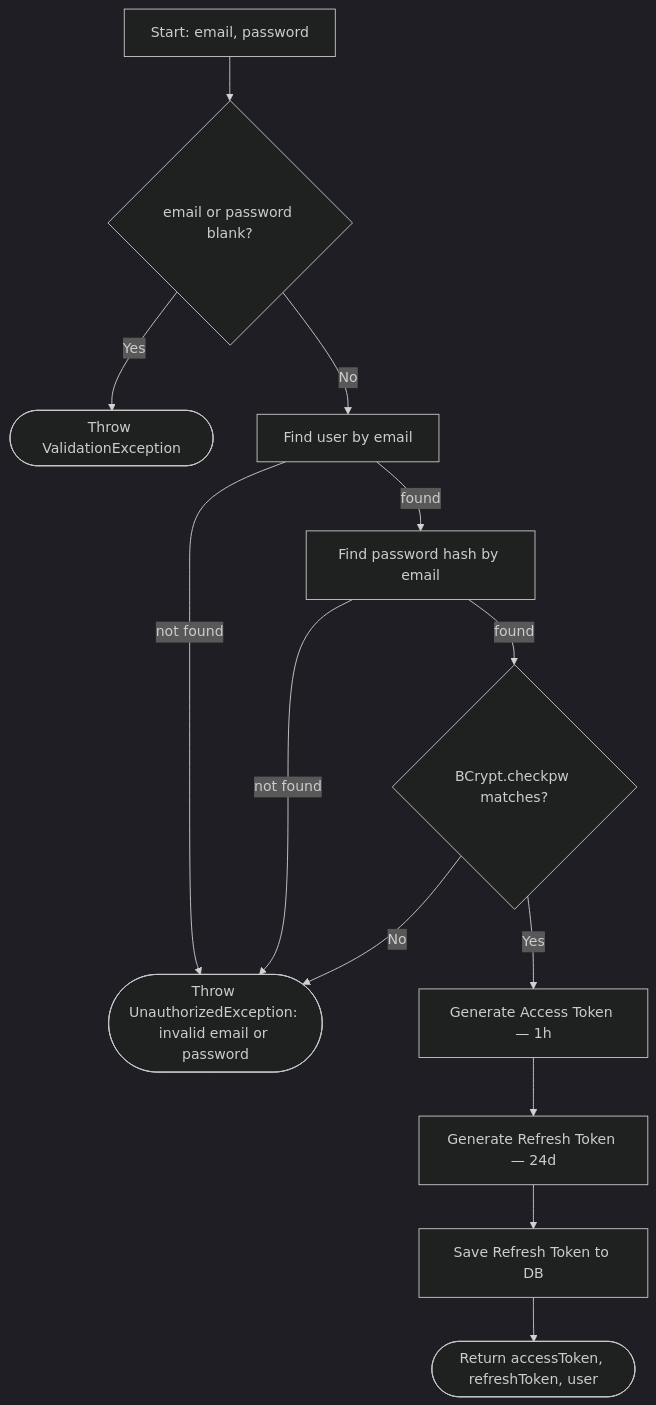
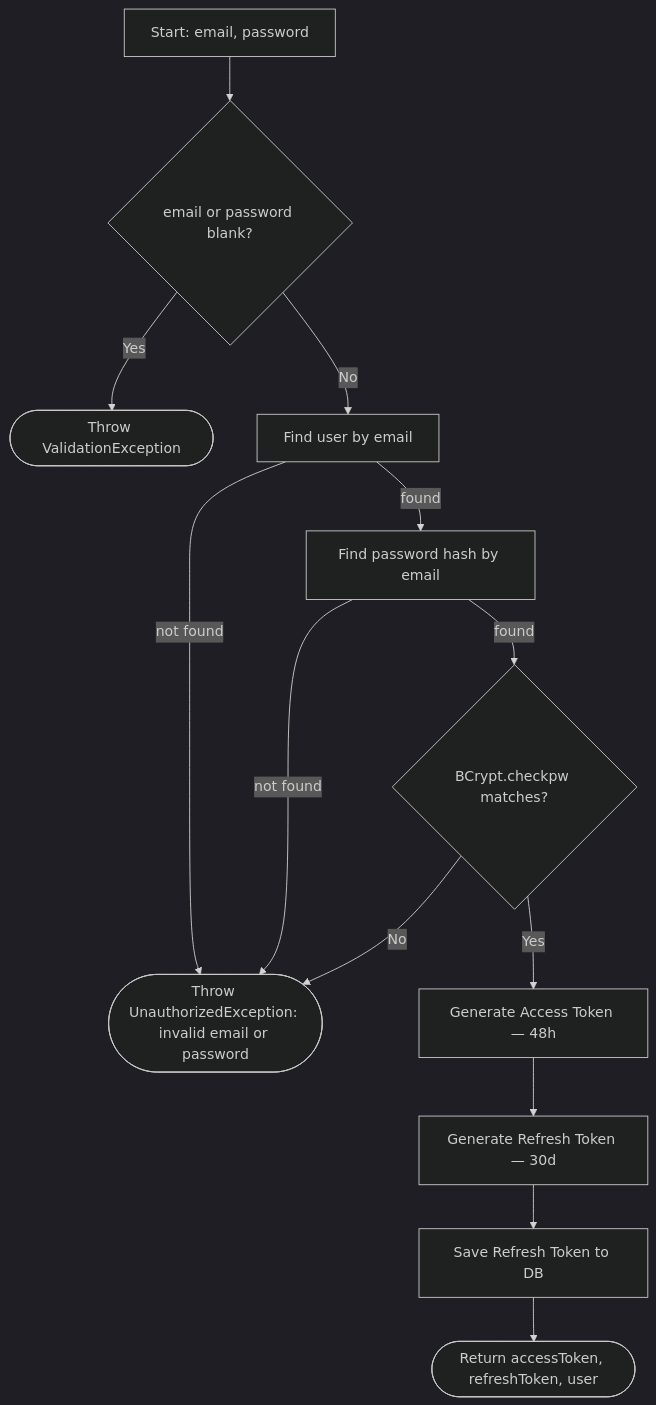
The fifth of 57 diagrams in PROCESS_FLOWS.md (ricardofrango/squadify), drawn with Mermaid (dark theme) before and after one commit. The commit also changed other lines of this file and 1 other file, not shown here.

````diff
--- a/PROCESS_FLOWS.md
+++ b/PROCESS_FLOWS.md
@@ -134,15 +134,15 @@
 ```mermaid
 graph TD
     A[Start: email, password] --> B{email or password blank?}
     B -- Yes --> V(["Throw ValidationException"])
     B -- No --> C[Find user by email]
     C -- not found --> U(["Throw UnauthorizedException: invalid email or password"])
     C -- found --> D[Find password hash by email]
     D -- not found --> U
     D -- found --> E{BCrypt.checkpw matches?}
     E -- No --> U
-    E -- Yes --> F[Generate Access Token — 1h]
-    F --> G[Generate Refresh Token — 24d]
+    E -- Yes --> F[Generate Access Token — 48h]
+    F --> G[Generate Refresh Token — 30d]
     G --> H[Save Refresh Token to DB]
     H --> Z(["Return accessToken, refreshToken, user"])
 ```
````
